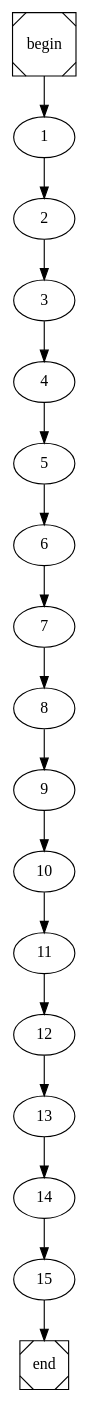
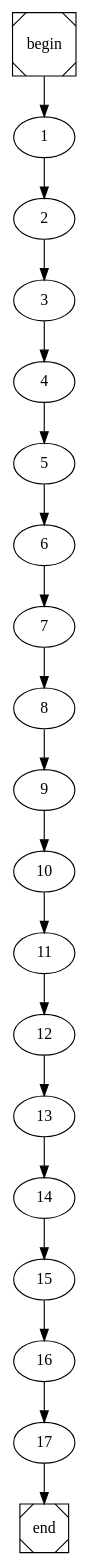
The diagram in init.dot (nunores/Java-Compiler), drawn with Graphviz before and after one commit. The commit also changed 10 other files, not shown here.

```diff
--- a/init.dot
+++ b/init.dot
@@ -1,4 +1,4 @@
 digraph cfg {
 	begin [shape=Msquare];
 	end [shape=Msquare];
-	begin -> 1;	1 -> 2;	2 -> 3;	3 -> 4;	4 -> 5;	5 -> 6;	6 -> 7;	7 -> 8;	8 -> 9;	9 -> 10;	10 -> 11;	11 -> 12;	12 -> 13;	13 -> 14;	14 -> 15;	15 -> end;}
+	begin -> 1;	1 -> 2;	2 -> 3;	3 -> 4;	4 -> 5;	5 -> 6;	6 -> 7;	7 -> 8;	8 -> 9;	9 -> 10;	10 -> 11;	11 -> 12;	12 -> 13;	13 -> 14;	14 -> 15;	15 -> 16;	16 -> 17;	17 -> end;}
```
